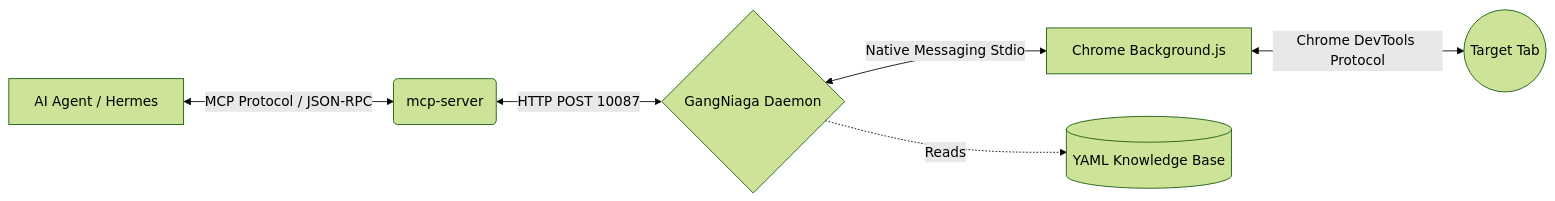
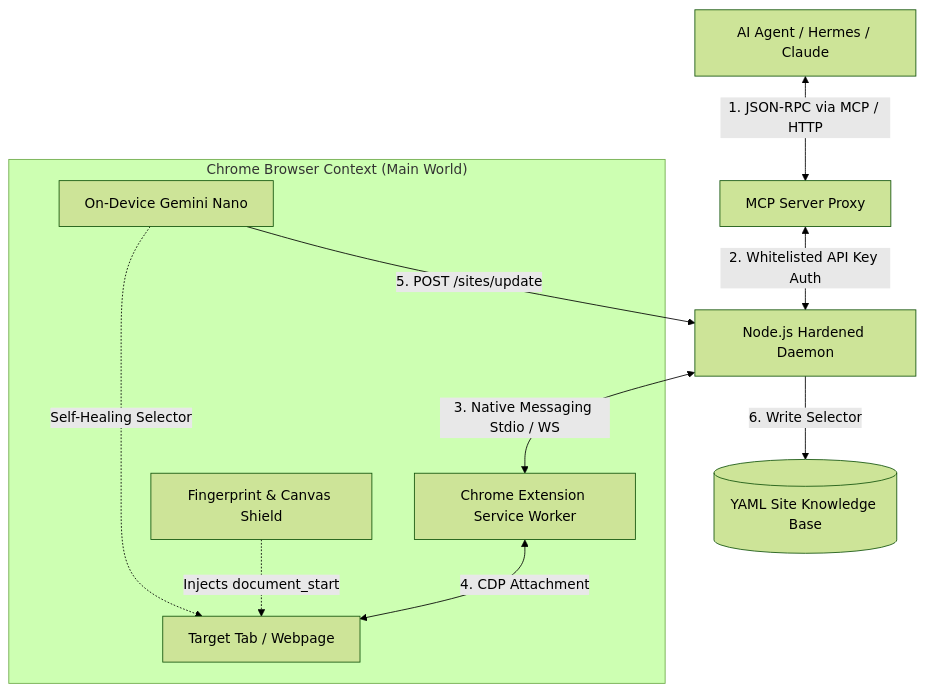
The diagram in README.md (gangniagamy-cpu/GangNiaga-WebBridge), drawn with Mermaid (forest theme) before and after one commit. The commit also changed other lines of this file, not shown here.

````diff
--- a/README.md
+++ b/README.md
@@ -38,8 +45,15 @@
 ```mermaid
-graph LR
-    A[AI Agent / Hermes] <-->|MCP Protocol / JSON-RPC| B(mcp-server)
-    B <-->|HTTP POST 10087| C{GangNiaga Daemon}
-    C <-->|Native Messaging Stdio| D[Chrome Background.js]
-    D <-->|Chrome DevTools Protocol| E((Target Tab))
-    C -.->|Reads| F[(YAML Knowledge Base)]
+flowchart TD
+    Agent[AI Agent / Hermes / Claude] <-->|1. JSON-RPC via MCP / HTTP| MCP[MCP Server Proxy]
+    MCP <-->|2. Whitelisted API Key Auth| Daemon[Node.js Hardened Daemon]
+    Daemon <-->|3. Native Messaging Stdio / WS| Ext[Chrome Extension Service Worker]
+    
+    subgraph BrowserRuntime ["Chrome Browser Context (Main World)"]
+        Ext <-->|4. CDP Attachment| Tab[Target Tab / Webpage]
+        Shield[Fingerprint & Canvas Shield] -.->|Injects document_start| Tab
+        Healer[On-Device Gemini Nano] -.->|Self-Healing Selector| Tab
+    end
+    
+    Healer -->|5. POST /sites/update| Daemon
+    Daemon -->|6. Write Selector| YAML[(YAML Site Knowledge Base)]
 ```
````
